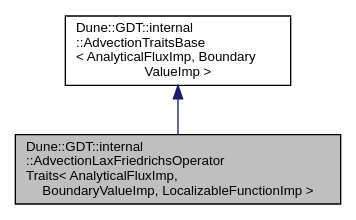
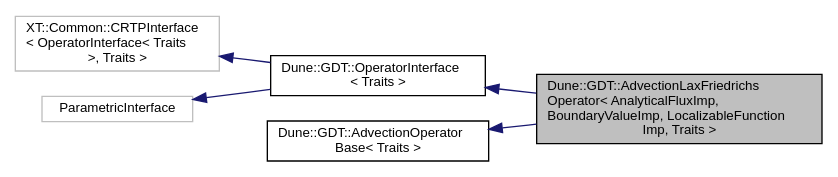
Before and after one commit to dune-community/dune-community.github.io: the diagram in docs/dune-gdt/''/a01875.dot, drawn with Graphviz. The commit also changed 2519 other files, not shown here.

Commit message:
Updated documentation for dune-gdt ''

```diff
--- a/docs/dune-gdt/''/a01875.dot
+++ b/docs/dune-gdt/''/a01875.dot
@@ -1,8 +1,15 @@
-digraph "Dune::GDT::internal::AdvectionLaxFriedrichsOperatorTraits&lt; AnalyticalFluxImp, BoundaryValueImp, LocalizableFunctionImp &gt;"
+digraph "Dune::GDT::AdvectionLaxFriedrichsOperator&lt; AnalyticalFluxImp, BoundaryValueImp, LocalizableFunctionImp, Traits &gt;"
 {
   edge [fontname="Helvetica",fontsize="10",labelfontname="Helvetica",labelfontsize="10"];
   node [fontname="Helvetica",fontsize="10",shape=record];
-  Node0 [label="Dune::GDT::internal\l::AdvectionLaxFriedrichsOperator\lTraits\< AnalyticalFluxImp,\l BoundaryValueImp, LocalizableFunctionImp \>",height=0.2,width=0.4,color="black", fillcolor="grey75", style="filled", fontcolor="black"];
+  rankdir="LR";
+  Node0 [label="Dune::GDT::AdvectionLaxFriedrichs\lOperator\< AnalyticalFluxImp,\l BoundaryValueImp, LocalizableFunction\lImp, Traits \>",height=0.2,width=0.4,color="black", fillcolor="grey75", style="filled", fontcolor="black"];
   Node1 -> Node0 [dir="back",color="midnightblue",fontsize="10",style="solid",fontname="Helvetica"];
-  Node1 [label="Dune::GDT::internal\l::AdvectionTraitsBase\l\< AnalyticalFluxImp, Boundary\lValueImp \>",height=0.2,width=0.4,color="black", fillcolor="white", style="filled",URL="$a01836.html"];
+  Node1 [label="Dune::GDT::OperatorInterface\l\< Traits \>",height=0.2,width=0.4,color="black", fillcolor="white", style="filled",URL="$a02136.html"];
+  Node2 -> Node1 [dir="back",color="midnightblue",fontsize="10",style="solid",fontname="Helvetica"];
+  Node2 [label="XT::Common::CRTPInterface\l\< OperatorInterface\< Traits\l \>, Traits \>",height=0.2,width=0.4,color="grey75", fillcolor="white", style="filled"];
+  Node3 -> Node1 [dir="back",color="midnightblue",fontsize="10",style="solid",fontname="Helvetica"];
+  Node3 [label="ParametricInterface",height=0.2,width=0.4,color="grey75", fillcolor="white", style="filled"];
+  Node4 -> Node0 [dir="back",color="midnightblue",fontsize="10",style="solid",fontname="Helvetica"];
+  Node4 [label="Dune::GDT::AdvectionOperator\lBase\< Traits \>",height=0.2,width=0.4,color="black", fillcolor="white", style="filled",URL="$a01848.html"];
 }
```
